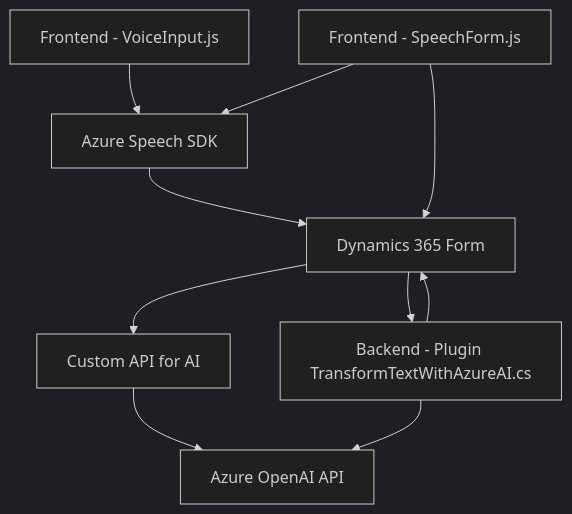
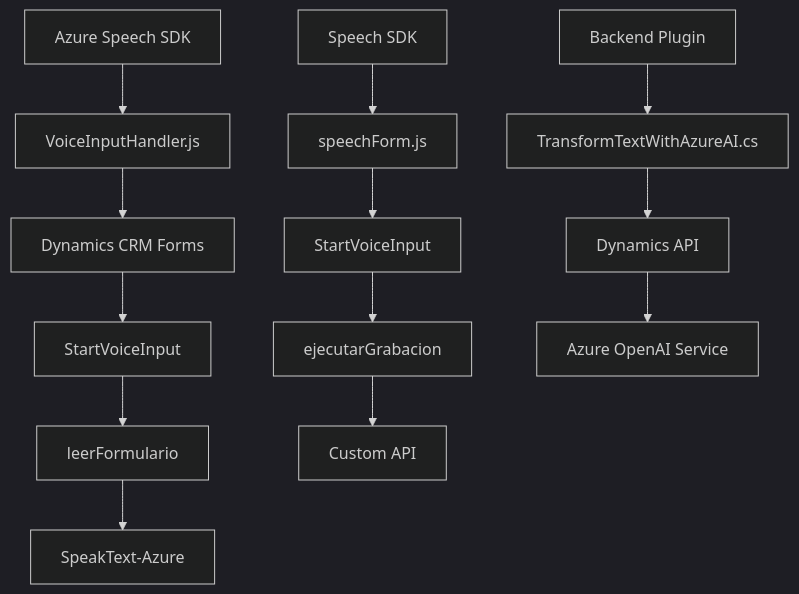
The diagram in README.md (blopezdm/NETCORE_BILBAO2025), drawn with Mermaid (dark theme) before and after one commit. The commit also changed other lines of this file, not shown here.

````diff
--- a/README.md
+++ b/README.md
@@ -63,20 +32,16 @@
 ```mermaid
 graph TD
-    A["Frontend - VoiceInput.js"] 
-    B["Frontend - SpeechForm.js"]
-    C["Backend - Plugin TransformTextWithAzureAI.cs"]
-    D["Azure Speech SDK"]
-    E["Dynamics 365 Form"]
-    F["Custom API for AI"]
-    G["Azure OpenAI API"]
-    
-    A --> D
-    B --> D
-    D --> E
-    B --> E
-    E --> F
-    F --> G
-    C --> G
-    C --> E
-    E --> C
+    A["Azure Speech SDK"] --> B["VoiceInputHandler.js"]
+    B --> C["Dynamics CRM Forms"]
+    C --> D["StartVoiceInput"]
+    D --> E["leerFormulario"]
+    E --> F["SpeakText-Azure"]
+    G["Speech SDK"] --> H["speechForm.js"]
+    H --> I["StartVoiceInput"]
+    I --> J["ejecutarGrabacion"]
+    J --> K["Custom API"]
+
+    L["Backend Plugin"] --> M["TransformTextWithAzureAI.cs"]
+    M --> N["Dynamics API"]
+    N --> O["Azure OpenAI Service"]
 ```
````
